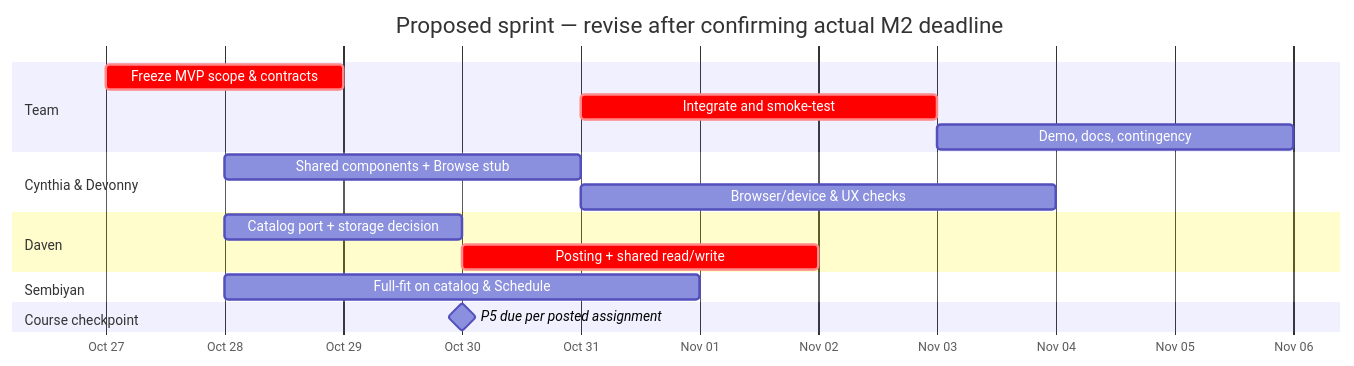
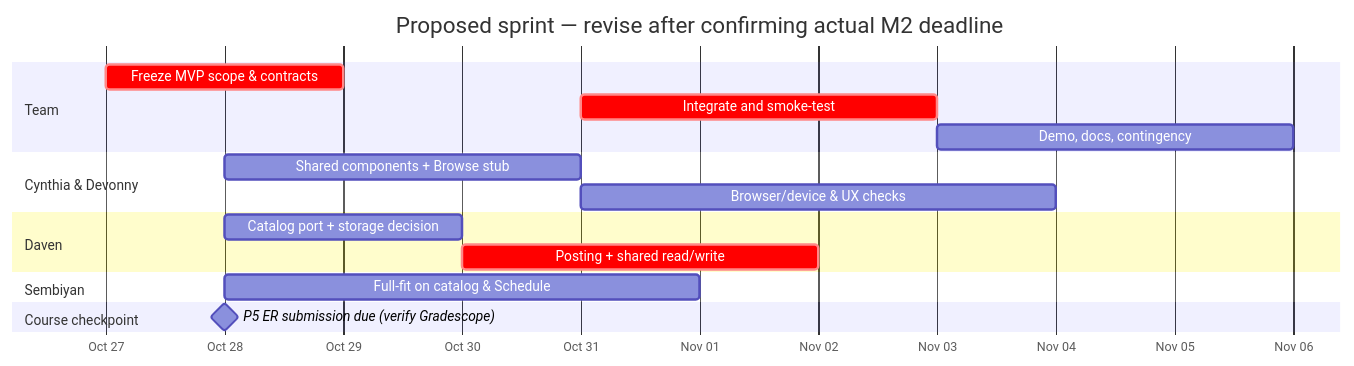
The tenth of 10 diagrams in docs/MVP_TEAM_PLAYBOOK.md (haiiroWednesday/SideQuest-CSCI187), drawn with Mermaid before and after one commit. The commit also changed other lines of this file, not shown here.

Commit message:
docs: align MVP team workflow with P5 ER relationships and October 28 deadline

````diff
--- a/docs/MVP_TEAM_PLAYBOOK.md
+++ b/docs/MVP_TEAM_PLAYBOOK.md
@@ -447,20 +560,20 @@
 ```mermaid
 gantt
     title Proposed sprint — revise after confirming actual M2 deadline
     dateFormat YYYY-MM-DD
     axisFormat %b %d
     section Team
     Freeze MVP scope & contracts          :crit, d0, 2026-10-27, 2d
     Integrate and smoke-test              :crit, d1, 2026-10-31, 3d
     Demo, docs, contingency              :d2, 2026-11-03, 3d
     section Cynthia & Devonny
     Shared components + Browse stub      :c1, 2026-10-28, 3d
     Browser/device & UX checks           :c2, 2026-10-31, 4d
     section Daven
     Catalog port + storage decision      :a1, 2026-10-28, 2d
     Posting + shared read/write          :crit, a2, 2026-10-30, 3d
     section Sembiyan
     Full-fit on catalog & Schedule       :s1, 2026-10-28, 4d
     section Course checkpoint
-    P5 due per posted assignment         :milestone, p5, 2026-10-30, 0d
+    P5 ER submission due (verify Gradescope) :milestone, p5, 2026-10-28, 0d
 ```
````
